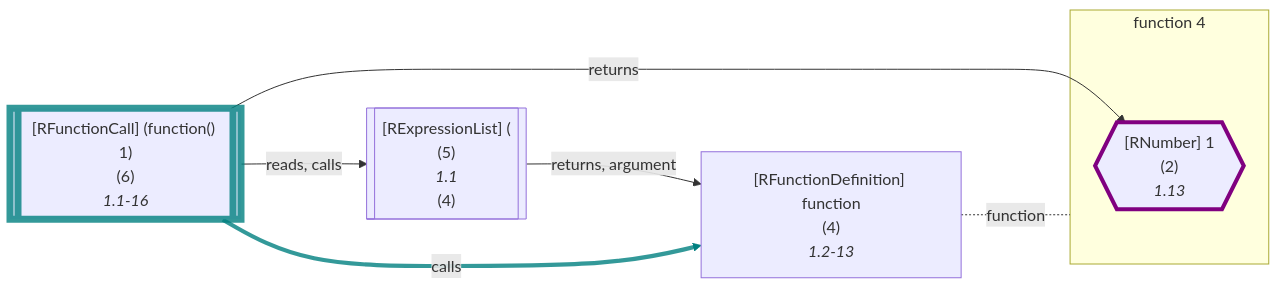
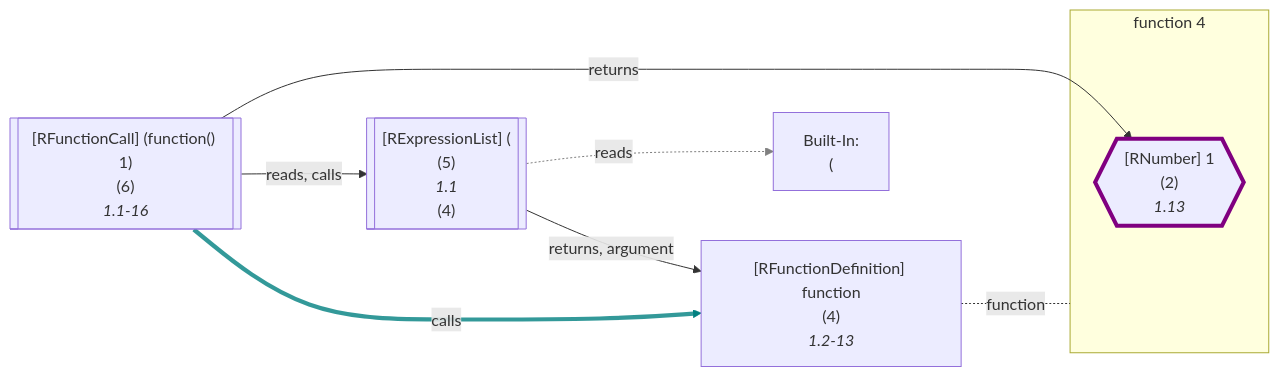
Before and after one commit to flowr-analysis/flowr: diagram 15 of 48 in wiki/Dataflow Graph.md, drawn with Mermaid. The commit also changed other lines of this file and 7 other files, not shown here.

Commit message:
[skip ci] doc: update generated wiki pages (wiki/Capabilities,wiki/Dataflow Graph,wiki/Search API,wiki/Interface,wiki/Control Flow Graph,wiki/Linting and Testing,wiki/Core,README)

````diff
--- a/wiki/Dataflow Graph.md
+++ b/wiki/Dataflow Graph.md
@@ -2238,28 +2353,31 @@
 ```mermaid
 flowchart LR
     4["`#91;RFunctionDefinition#93; function
       (4)
       *1.2-13*`"]
 
 subgraph "flow-4" [function 4]
     2{{"`#91;RNumber#93; 1
       (2)
       *1.13*`"}}
     style 2 stroke:purple,stroke-width:4px; 
 end
     5[["`#91;RExpressionList#93; (
       (5)
       *1.1*
     (4)`"]]
+    built-in:_["`Built-In:
+(`"]
     6[["`#91;RFunctionCall#93; (function() 1)
       (6)
       *1.1-16*`"]]
-    style 6 stroke:teal,stroke-width:7px,stroke-opacity:.8; 
 4 -.-|function| flow-4
 
     5 -->|"returns, argument"| 4
+    5 -.->|"reads"| built-in:_
+    linkStyle 2 stroke:gray;
     6 -->|"reads, calls"| 5
     6 -->|"returns"| 2
     6 -->|"calls"| 4
-    linkStyle 4 stroke:teal,stroke-width:4.2px,stroke-opacity:.8
+    linkStyle 5 stroke:teal,stroke-width:4.2px,stroke-opacity:.8
 ```
````
